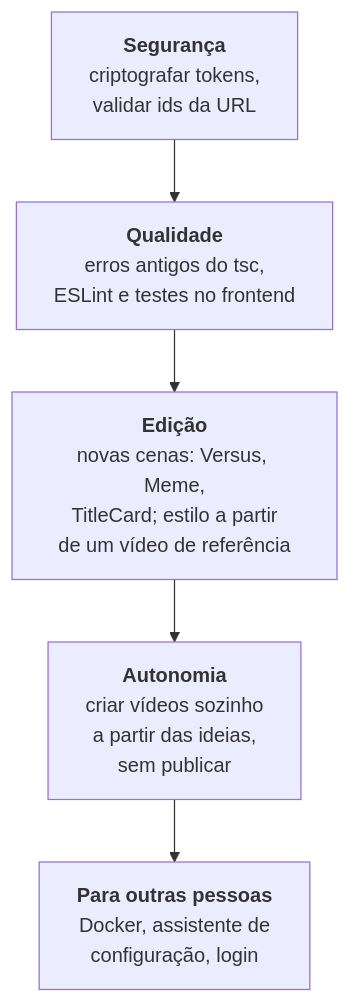
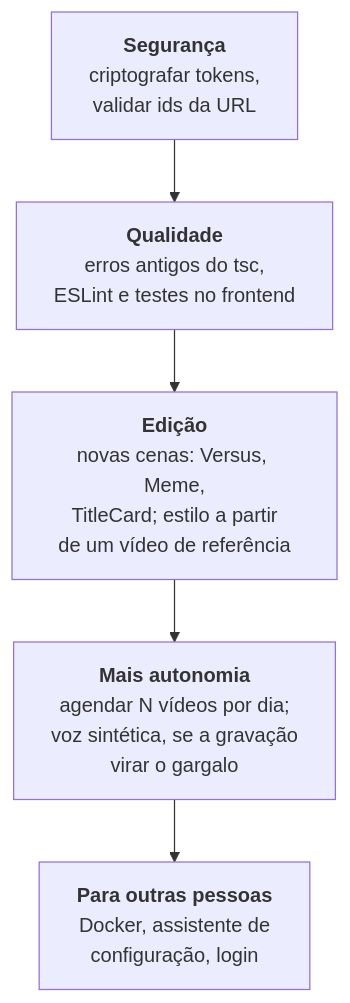
The diagram in docs/diagramas/14-proximos-passos.mmd (Edugiyuu/InstaSearch), drawn with Mermaid before and after one commit. The commit also changed 24 other files, not shown here.

First line of the commit message:
feat: criar vídeo sozinho, da ideia até "falta gravar a voz" (ADR 0026)

```diff
--- a/docs/diagramas/14-proximos-passos.mmd
+++ b/docs/diagramas/14-proximos-passos.mmd
@@ -1,5 +1,5 @@
 flowchart TD
     F0["<b>Segurança</b><br/>criptografar tokens,<br/>validar ids da URL"] --> F1["<b>Qualidade</b><br/>erros antigos do tsc,<br/>ESLint e testes no frontend"]
     F1 --> F2["<b>Edição</b><br/>novas cenas: Versus, Meme,<br/>TitleCard; estilo a partir<br/>de um vídeo de referência"]
-    F2 --> F3["<b>Autonomia</b><br/>criar vídeos sozinho<br/>a partir das ideias,<br/>sem publicar"]
+    F2 --> F3["<b>Mais autonomia</b><br/>agendar N vídeos por dia;<br/>voz sintética, se a gravação<br/>virar o gargalo"]
     F3 --> F4["<b>Para outras pessoas</b><br/>Docker, assistente de<br/>configuração, login"]
```
